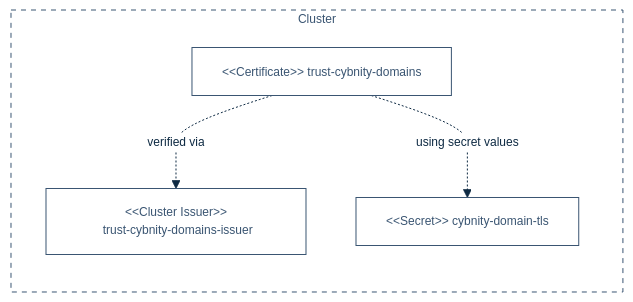
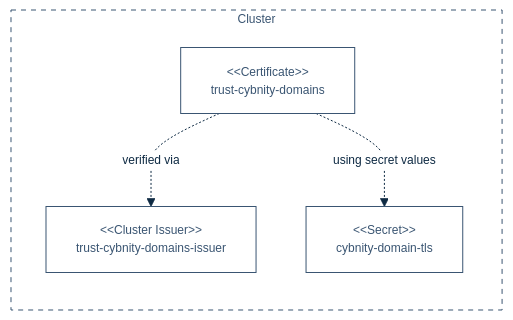
Before and after one commit to cybnity/foundation: the diagram in implementations-line/systems/technical-infrastructure/CYDEL01-cybsup01.md, drawn with Mermaid.

````diff
--- a/implementations-line/systems/technical-infrastructure/CYDEL01-cybsup01.md
+++ b/implementations-line/systems/technical-infrastructure/CYDEL01-cybsup01.md
@@ -419,51 +419,51 @@
       ```mermaid
       %%{
         init: {
           'theme': 'base',
           'themeVariables': {
               'background': '#ffffff',
               'fontFamily': 'arial',
               'fontSize': '12px',
               'primaryColor': '#fff',
               'primaryTextColor': '#0e2a43',
               'primaryBorderColor': '#0e2a43',
               'secondaryColor': '#fff',
               'secondaryTextColor': '#fff',
               'secondaryBorderColor': '#fff',
               'tertiaryColor': '#fff',
               'tertiaryTextColor': '#fff',
               'tertiaryBorderColor': '#fff',
               'lineColor': '#0e2a43',
               'titleColor': '#fff',
               'textColor': '#fff',
               'lineColor': '#0e2a43',
               'nodeTextColor': '#fff',
               'nodeBorder': '#0e2a43',
               'noteTextColor': '#fff',
               'noteBorderColor': '#fff'
           },
           'flowchart': { 'curve': 'monotoneY' }
         }
       }%%
       graph LR
         subgraph cluster["Cluster"]
-          clusterIssuer1["#60;#60;Cluster Issuer#62;#62;#13; trust-cybnity-domains-issuer"]
-          certificate1["#60;#60;Certificate#62;#62;#13; trust-cybnity-domains"]
-          secret1["#60;#60;Secret#62;#62;#10;#13; cybnity-domain-tls"]
+          clusterIssuer1["#60;#60;Cluster Issuer#62;#62; \n trust-cybnity-domains-issuer "]
+          certificate1["#60;#60;Certificate#62;#62; \n trust-cybnity-domains "]
+          secret1["#60;#60;Secret#62;#62;#10; \n cybnity-domain-tls "]
         end
 
         certificate1 -. "verified via" .-> clusterIssuer1
         certificate1 -. "using secret values" .-> secret1
 
         classDef mediumfill fill:#3a5572, stroke:#3a5572, color:#fff
 
         classDef red fill:#e5302a, stroke:#e5302a, color:#fff, stroke-width:3px
         classDef medium fill:#fff, stroke:#3a5572, color:#3a5572
         classDef mediumdot fill:#fff, stroke:#3a5572, color:#3a5572, stroke-dasharray: 5 5
         classDef reddot fill:#fff, stroke:#e5302a, color:#e5302a, stroke-dasharray: 5 5, stroke-width:3px
         classDef dark fill:#0e2a43, stroke:#fff, color:#fff
         classDef internalconfig fill:#0e2a43, stroke:#fff, color:#fff
 
         class clusterIssuer1,certificate1,secret1 medium;
         class cluster mediumdot;
       ```
````
